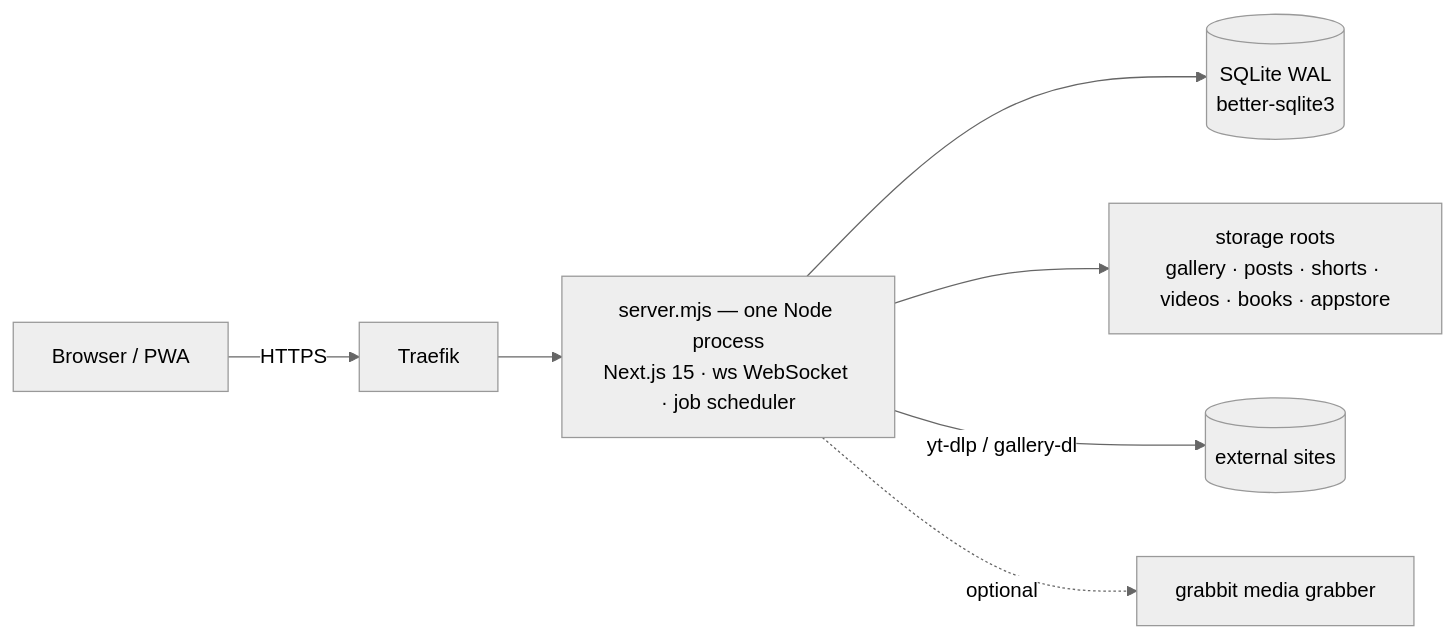
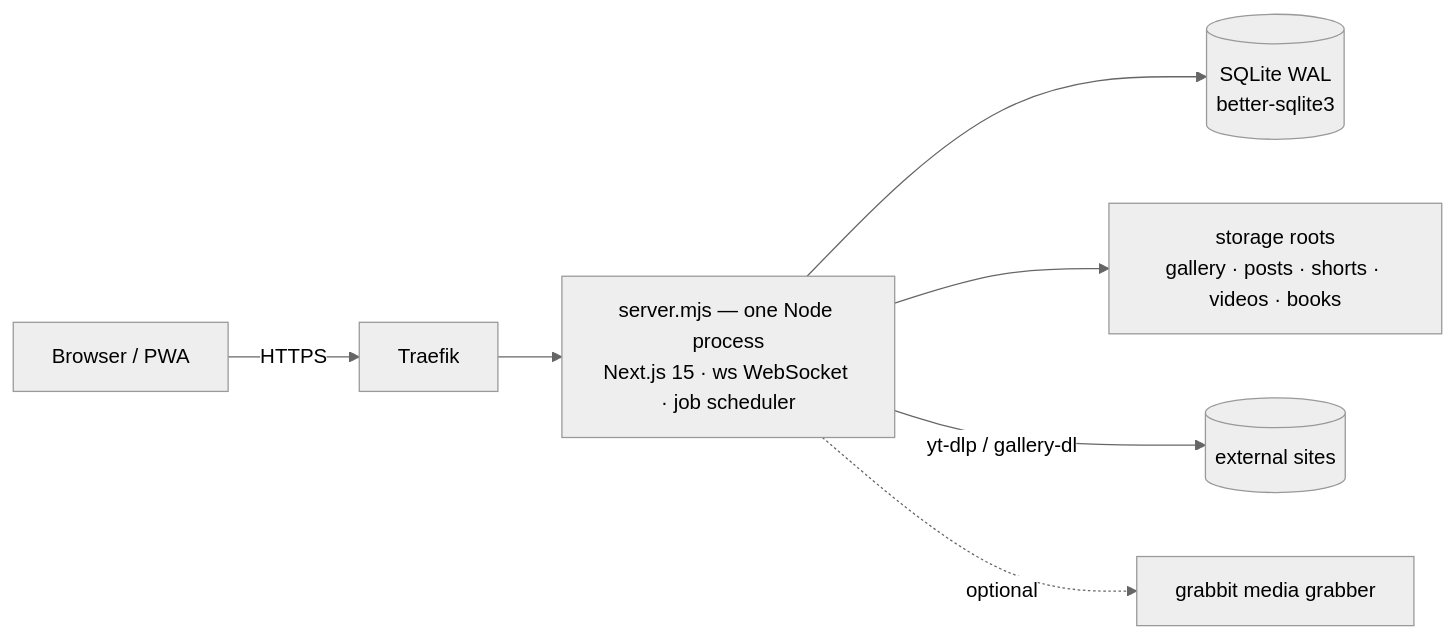
One commit to tjelite1986/elite-v2 changed the diagram in README.md. Above: the diagram before and after it, drawn with Mermaid (neutral theme). The commit also changed other lines of this file and 83 other files, not shown here.

````diff
--- a/README.md
+++ b/README.md
@@ -198,9 +195,9 @@
 ```mermaid
 flowchart LR
   B[Browser / PWA] -->|HTTPS| T[Traefik]
   T --> S["server.mjs — one Node process<br/>Next.js 15 · ws WebSocket · job scheduler"]
   S --> D[("SQLite WAL<br/>better-sqlite3")]
-  S --> F["storage roots<br/>gallery · posts · shorts · videos · books · appstore"]
+  S --> F["storage roots<br/>gallery · posts · shorts · videos · books"]
   S -->|"yt-dlp / gallery-dl"| X[(external sites)]
   S -.->|optional| G[grabbit media grabber]
 ```
````
